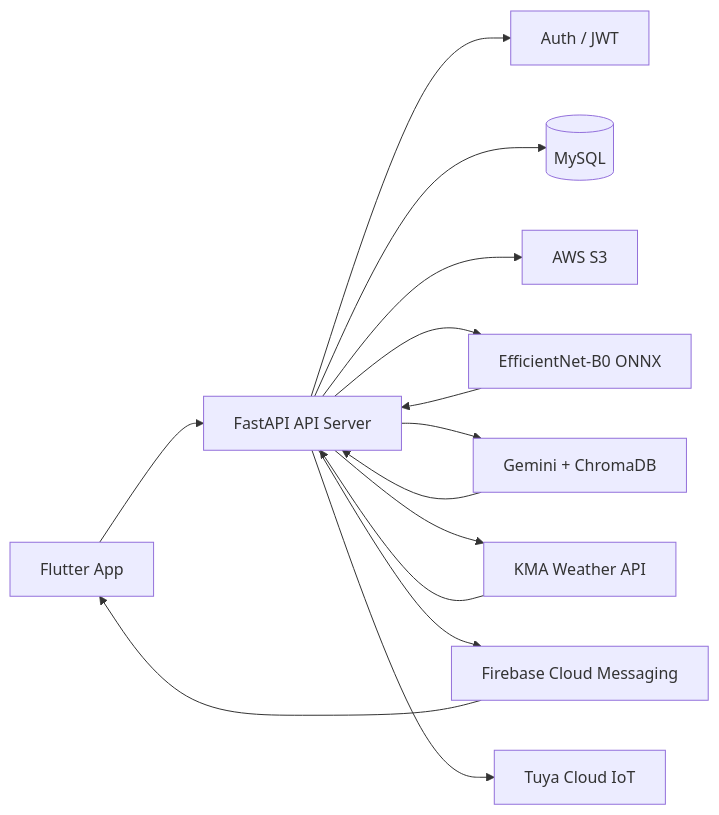
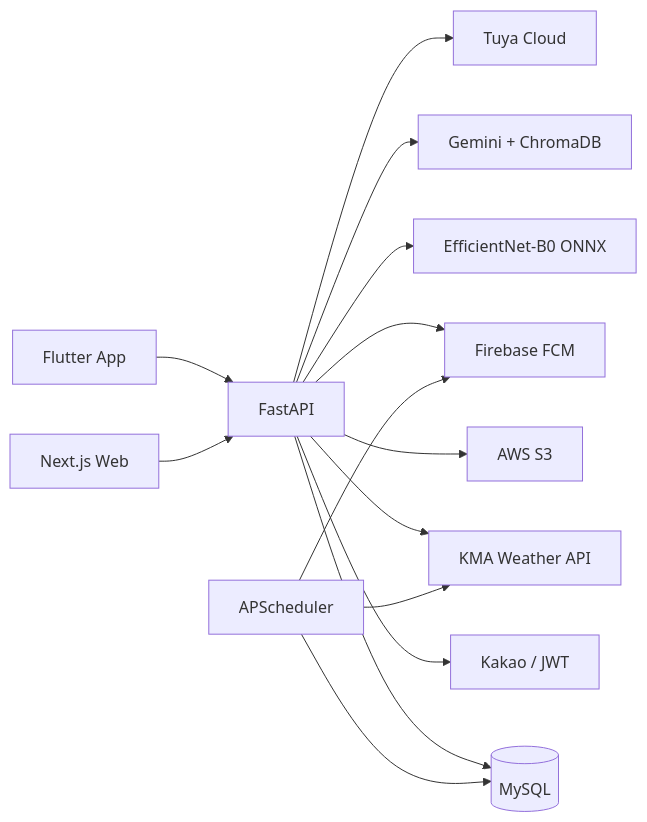
One commit to QUAIL-KOREAIT-KDT/BACK-END changed the first of 2 diagrams in README.md. Above: the diagram before and after it, drawn with Mermaid. The commit also changed other lines of this file and 8 other files, not shown here.

````diff
--- a/README.md
+++ b/README.md
@@ -60,18 +50,18 @@
 ```mermaid
 flowchart LR
-  App[Flutter App] --> API[FastAPI API Server]
+  Mobile[Flutter App] --> API[FastAPI]
+  Web[Next.js Web] --> API
 
-  API --> Auth[Auth / JWT]
+  API --> Auth[Kakao / JWT]
   API --> DB[(MySQL)]
   API --> S3[AWS S3]
   API --> Model[EfficientNet-B0 ONNX]
   API --> RAG[Gemini + ChromaDB]
   API --> Weather[KMA Weather API]
-  API --> FCM[Firebase Cloud Messaging]
-  API --> IoT[Tuya Cloud IoT]
+  API --> FCM[Firebase FCM]
+  API --> IoT[Tuya Cloud]
 
-  Model --> API
-  RAG --> API
-  Weather --> API
-  FCM --> App
+  Scheduler[APScheduler] --> Weather
+  Scheduler --> DB
+  Scheduler --> FCM
 ```
````
